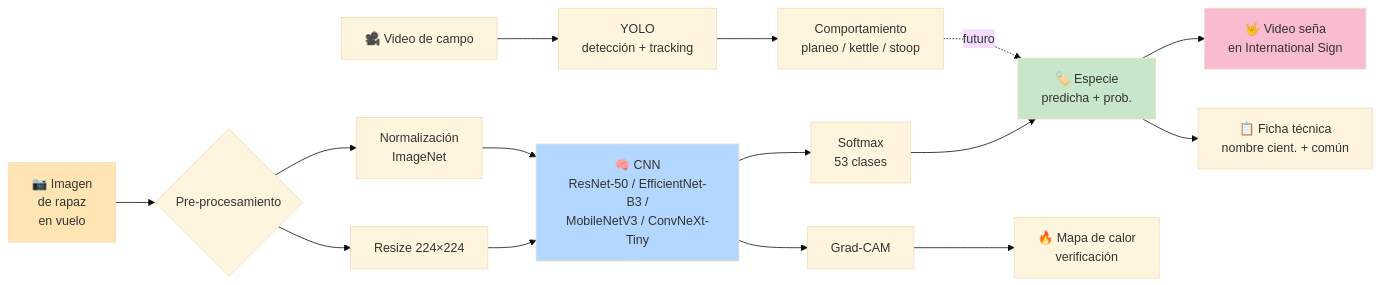
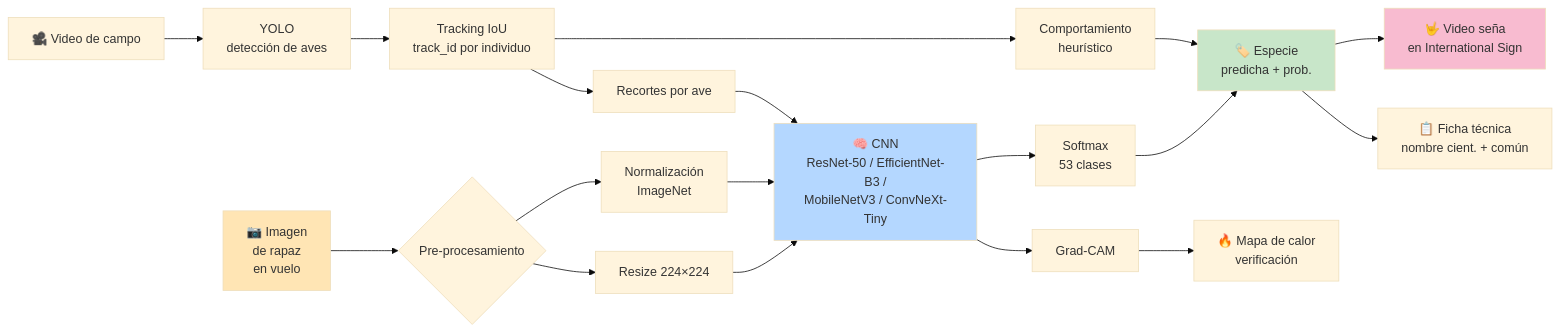
The first of 6 diagrams in documentacion/diagramas/arquitectura.md (ZOMBIECRAFTIAN/raptors-cnn), drawn with Mermaid (base theme) before and after one commit. The commit also changed other lines of this file and 27 other files, not shown here.

Commit message:
feat: add YOLO video pipeline and silhouette augmentation

````diff
--- a/documentacion/diagramas/arquitectura.md
+++ b/documentacion/diagramas/arquitectura.md
@@ -9,21 +9,24 @@
 ```mermaid
 flowchart LR
     A[📷 Imagen<br/>de rapaz<br/>en vuelo] --> B{Pre-procesamiento}
     B --> B1[Resize 224×224]
     B --> B2[Normalización<br/>ImageNet]
     B1 & B2 --> C[🧠 CNN<br/>ResNet-50 / EfficientNet-B3 /<br/>MobileNetV3 / ConvNeXt-Tiny]
     C --> D[Softmax<br/>53 clases]
     D --> E[🏷️ Especie<br/>predicha + prob.]
     C --> F[Grad-CAM]
     F --> G[🔥 Mapa de calor<br/>verificación]
     E --> H[🤟 Video seña<br/>en International Sign]
     E --> I[📋 Ficha técnica<br/>nombre cient. + común]
-    V[🎥 Video de campo] --> Y[YOLO<br/>detección + tracking]
-    Y --> J[Comportamiento<br/>planeo / kettle / stoop]
-    J -. futuro .-> E
+    V[🎥 Video de campo] --> Y[YOLO<br/>detección de aves]
+    Y --> TR[Tracking IoU<br/>track_id por individuo]
+    TR --> CR[Recortes por ave]
+    CR --> C
+    TR --> J[Comportamiento<br/>heurístico]
+    J --> E
 
     style A fill:#FFE5B4
     style C fill:#B4D7FF
     style E fill:#C8E6C9
     style H fill:#F8BBD0
 ```
````
